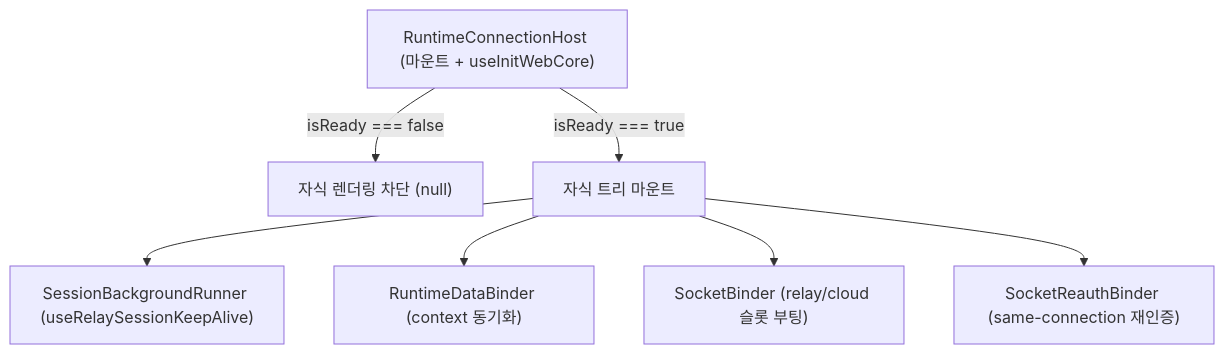
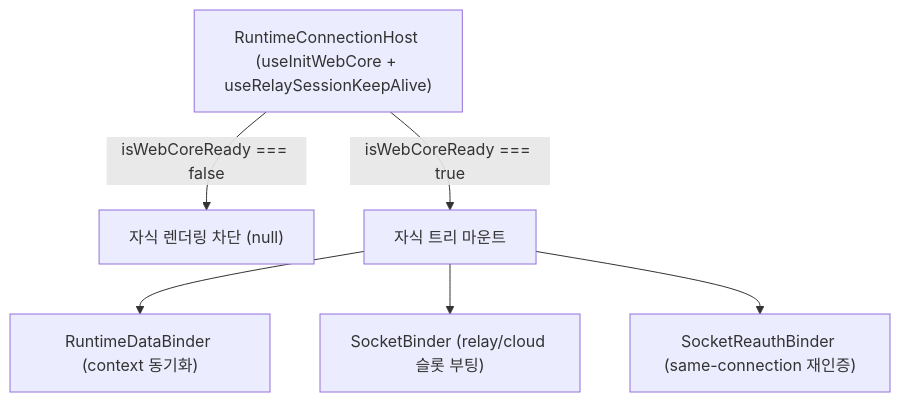
The diagram in libs/app-runtime/docs/runtime/session-lifecycle.md (lemoncloud-io/dou-app), drawn with Mermaid before and after one commit. The commit also changed other lines of this file and 75 other files, not shown here.

````diff
--- a/libs/app-runtime/docs/runtime/session-lifecycle.md
+++ b/libs/app-runtime/docs/runtime/session-lifecycle.md
@@ -57,11 +44,10 @@
 ```mermaid
 flowchart TD
-  Host["RuntimeConnectionHost (마운트 + useInitWebCore)"]
-  Host -- isReady === false --> Pending["자식 렌더링 차단 (null)"]
-  Host -- isReady === true --> Mount["자식 트리 마운트"]
+  Host["RuntimeConnectionHost (useInitWebCore + useRelaySessionKeepAlive)"]
+  Host -- isWebCoreReady === false --> Pending["자식 렌더링 차단 (null)"]
+  Host -- isWebCoreReady === true --> Mount["자식 트리 마운트"]
 
-  Mount --> Runner["SessionBackgroundRunner (useRelaySessionKeepAlive)"]
   Mount --> DataBinder["RuntimeDataBinder (context 동기화)"]
   Mount --> SocketBinder["SocketBinder (relay/cloud 슬롯 부팅)"]
   Mount --> Reauth["SocketReauthBinder (same-connection 재인증)"]
 ```
````
